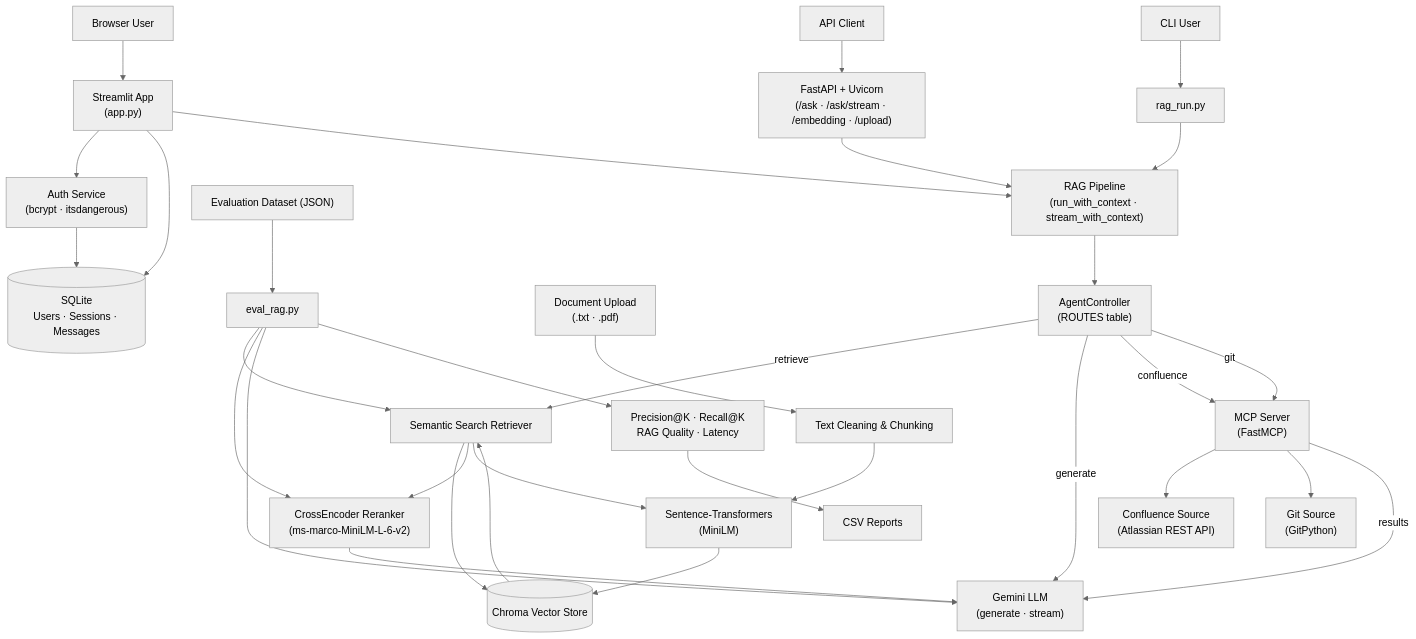
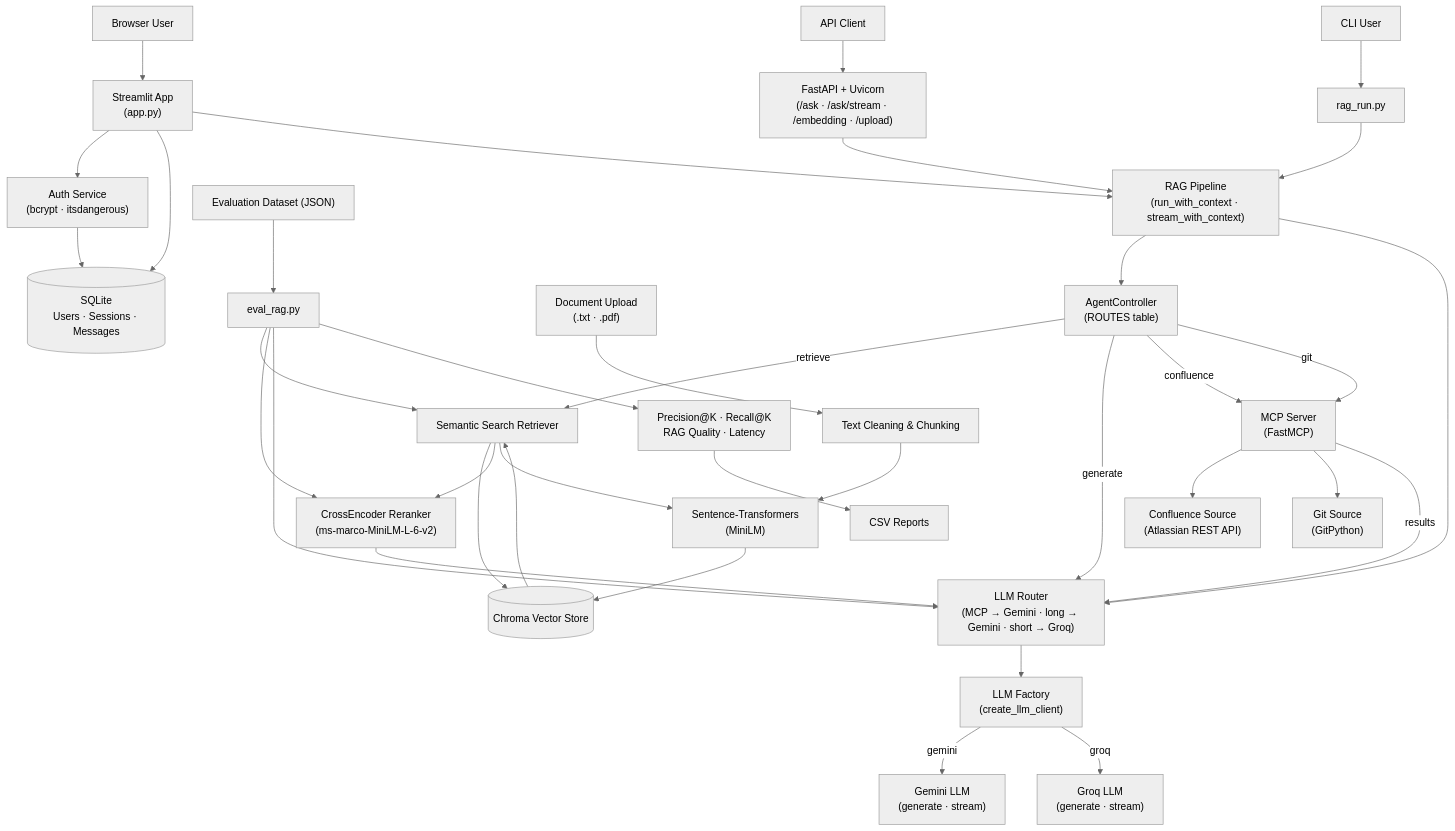
Before and after one commit to musadiq-ciklum/linkedin-agent: the diagram in architecture.mmd, drawn with Mermaid (neutral theme). The commit also changed 1 other file, not shown here.

Commit message:
docs(#63): update README and architecture diagram for multi-LLM routing

```diff
--- a/architecture.mmd
+++ b/architecture.mmd
@@ -1,104 +1,113 @@
 flowchart TB
     %% =========================
     %% Users
     %% =========================
     UserBrowser[Browser User]
     UserAPI[API Client]
     UserCLI[CLI User]
 
     %% =========================
     %% Entry Points
     %% =========================
     StreamlitApp["Streamlit App\n(app.py)"]
     API["FastAPI + Uvicorn\n(/ask · /ask/stream · /embedding · /upload)"]
     CLI["rag_run.py"]
 
     %% =========================
     %% Auth & Persistence
     %% =========================
     AuthService["Auth Service\n(bcrypt · itsdangerous)"]
     SQLite[("SQLite\nUsers · Sessions · Messages")]
 
     %% =========================
     %% Pipeline & Routing
     %% =========================
     Pipeline["RAG Pipeline\n(run_with_context · stream_with_context)"]
     Controller["AgentController\n(ROUTES table)"]
 
     %% =========================
     %% MCP Sources
     %% =========================
     MCPServer["MCP Server\n(FastMCP)"]
     ConfluenceSource["Confluence Source\n(Atlassian REST API)"]
     GitSource["Git Source\n(GitPython)"]
 
     %% =========================
     %% Retrieval Layer
     %% =========================
     Retriever["Semantic Search Retriever"]
     Reranker["CrossEncoder Reranker\n(ms-marco-MiniLM-L-6-v2)"]
     VectorStore[("Chroma Vector Store")]
 
     %% =========================
-    %% Models
+    %% LLM Layer
     %% =========================
-    LLM["Gemini LLM\n(generate · stream)"]
+    LLMRouter["LLM Router\n(MCP → Gemini · long → Gemini · short → Groq)"]
+    LLMFactory["LLM Factory\n(create_llm_client)"]
+    Gemini["Gemini LLM\n(generate · stream)"]
+    Groq["Groq LLM\n(generate · stream)"]
     Embedder["Sentence-Transformers\n(MiniLM)"]
 
     %% =========================
     %% Data Ingestion
     %% =========================
     Upload["Document Upload\n(.txt · .pdf)"]
     Chunking["Text Cleaning & Chunking"]
 
     %% =========================
     %% Evaluation (Offline)
     %% =========================
     EvalScript["eval_rag.py"]
     EvalData["Evaluation Dataset (JSON)"]
     Metrics["Precision@K · Recall@K\nRAG Quality · Latency"]
     Reports["CSV Reports"]
 
     %% ── Entry flows ──────────────────────────
     UserBrowser --> StreamlitApp
     UserAPI --> API
     UserCLI --> CLI
 
     %% ── Auth & chat history ──────────────────
     StreamlitApp --> AuthService --> SQLite
     StreamlitApp --> SQLite
 
     %% ── All interfaces call Pipeline directly ─
     StreamlitApp --> Pipeline
     API --> Pipeline
     CLI --> Pipeline
 
     %% ── Pipeline consults Controller ─────────
     Pipeline --> Controller
 
     %% ── Controller returns routing decision ──
     %% ── Pipeline then calls the right handler ─
     Controller -->|retrieve| Retriever
-    Controller -->|generate| LLM
+    Controller -->|generate| LLMRouter
     Controller -->|confluence| MCPServer
     Controller -->|git| MCPServer
+
+    %% ── LLM routing & factory ────────────────
+    Pipeline --> LLMRouter
+    LLMRouter --> LLMFactory
+    LLMFactory -->|gemini| Gemini
+    LLMFactory -->|groq| Groq
 
     %% ── MCP sources ──────────────────────────
     MCPServer --> ConfluenceSource
     MCPServer --> GitSource
-    MCPServer -->|results| LLM
+    MCPServer -->|results| LLMRouter
 
     %% ── Retrieve path ────────────────────────
     Retriever --> VectorStore --> Retriever
-    Retriever --> Reranker --> LLM
+    Retriever --> Reranker --> LLMRouter
     Retriever --> Embedder
 
     %% ── Data ingestion ───────────────────────
     Upload --> Chunking --> Embedder --> VectorStore
 
     %% ── Evaluation ───────────────────────────
     EvalData --> EvalScript
     EvalScript --> Retriever
     EvalScript --> Reranker
-    EvalScript --> LLM
+    EvalScript --> LLMRouter
     EvalScript --> Metrics --> Reports
```
